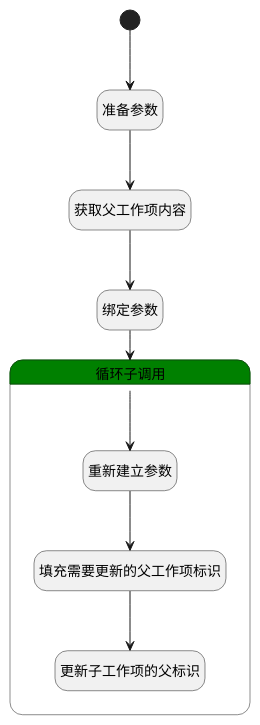
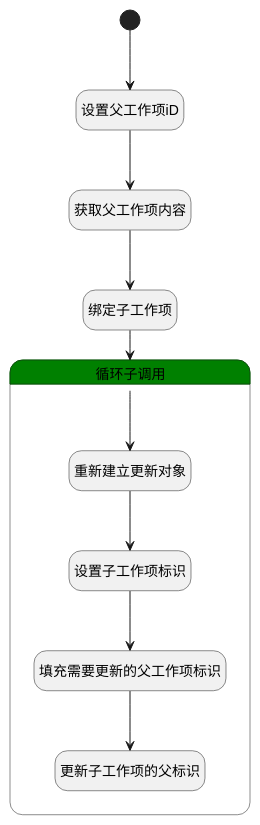
One commit to iBizLab/plm changed the diagram in doc/docsify/module/ProjMgmt/work_item/logic/choose_child.md. Above: the diagram before and after it, drawn with PlantUML. The commit also changed other lines of this file and 1778 other files, not shown here.

````diff
--- a/doc/docsify/module/ProjMgmt/work_item/logic/choose_child.md
+++ b/doc/docsify/module/ProjMgmt/work_item/logic/choose_child.md
@@ -7,32 +7,34 @@
 ```plantuml
 @startuml
 hide empty description
 <style>
 root {
   HyperlinkColor #42b983
 }
 </style>
 
 hide empty description
 state "开始" as Begin <<start>> [[$./choose_child#begin {"开始"}]]
-state "准备参数" as PREPAREPARAM2  [[$./choose_child#prepareparam2 {"准备参数"}]]
+state "设置父工作项iD" as PREPAREPARAM2  [[$./choose_child#prepareparam2 {"设置父工作项iD"}]]
 state "获取父工作项内容" as DEACTION2  [[$./choose_child#deaction2 {"获取父工作项内容"}]]
-state "绑定参数" as BINDPARAM1  [[$./choose_child#bindparam1 {"绑定参数"}]]
+state "绑定子工作项" as BINDPARAM1  [[$./choose_child#bindparam1 {"绑定子工作项"}]]
 state "循环子调用" as LOOPSUBCALL1  [[$./choose_child#loopsubcall1 {"循环子调用"}]] #green {
-state "重新建立参数" as RENEWPARAM1  [[$./choose_child#renewparam1 {"重新建立参数"}]]
+state "重新建立更新对象" as RENEWPARAM1  [[$./choose_child#renewparam1 {"重新建立更新对象"}]]
+state "设置子工作项标识" as RAWSFCODE1  [[$./choose_child#rawsfcode1 {"设置子工作项标识"}]]
 state "填充需要更新的父工作项标识" as PREPAREPARAM1  [[$./choose_child#prepareparam1 {"填充需要更新的父工作项标识"}]]
 state "更新子工作项的父标识" as DEACTION3  [[$./choose_child#deaction3 {"更新子工作项的父标识"}]]
 }
 
 
 Begin --> PREPAREPARAM2
 PREPAREPARAM2 --> DEACTION2
 DEACTION2 --> BINDPARAM1
 BINDPARAM1 --> LOOPSUBCALL1
 LOOPSUBCALL1 --> RENEWPARAM1
-RENEWPARAM1 --> PREPAREPARAM1
+RENEWPARAM1 --> RAWSFCODE1
+RAWSFCODE1 --> PREPAREPARAM1
 PREPAREPARAM1 --> DEACTION3
 
 
 @enduml
 ```
````
